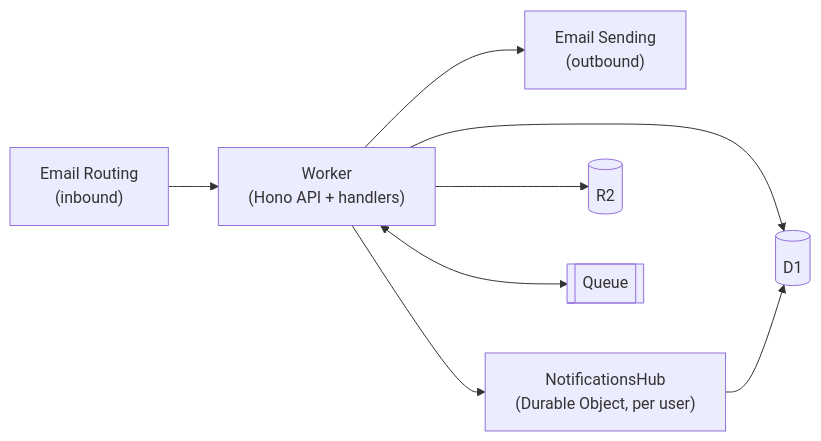
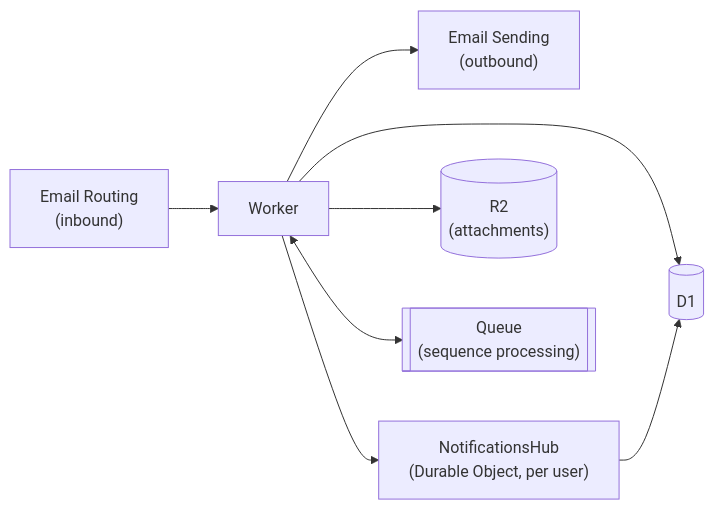
One commit to choyiny/saasmail changed the diagram in README.md. Above: the diagram before and after it, drawn with Mermaid.

Commit message:
docs: label R2 and Queue purposes; drop Worker subtitle

````diff
--- a/README.md
+++ b/README.md
@@ -106,20 +106,20 @@
 ```mermaid
 flowchart LR
     EmailRouting["Email Routing<br/>(inbound)"]
     EmailSending["Email Sending<br/>(outbound)"]
 
-    Worker["Worker<br/>(Hono API + handlers)"]
+    Worker["Worker"]
     DO["NotificationsHub<br/>(Durable Object, per user)"]
 
     D1[("D1")]
-    R2[("R2")]
-    Q[["Queue"]]
+    R2[("R2<br/>(attachments)")]
+    Q[["Queue<br/>(sequence processing)"]]
 
     EmailRouting --> Worker
     Worker --> EmailSending
     Worker --> DO
     Worker --> D1
     Worker --> R2
     Worker <--> Q
     DO --> D1
 ```
````
